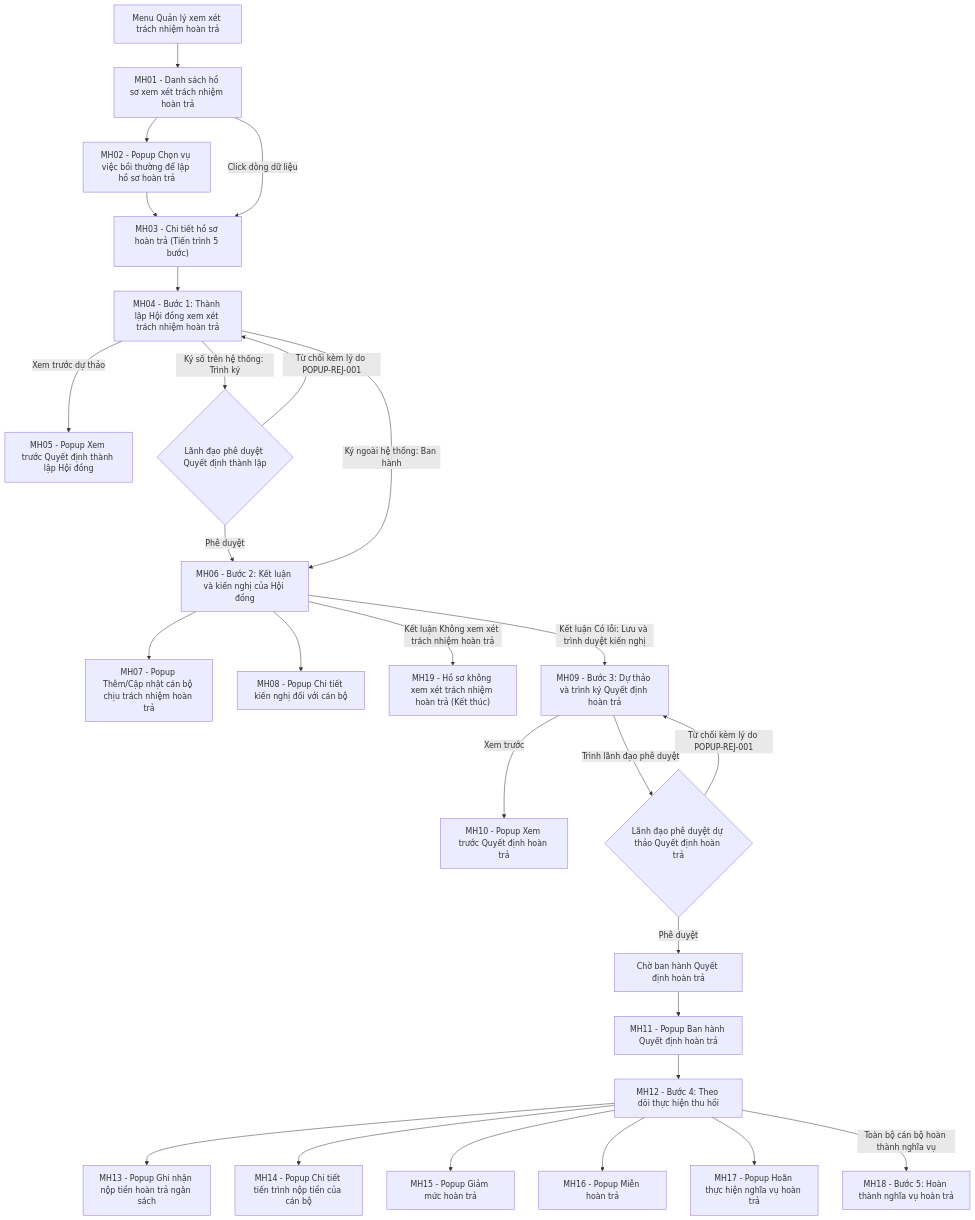
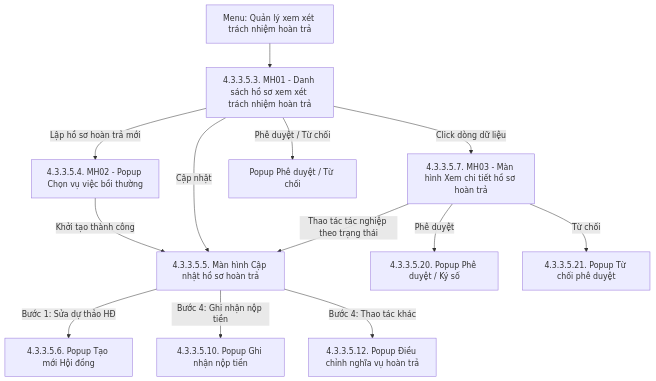
Before and after one commit to huyendt2007/BPBD_UI: the diagram in Tai lieu phan tich/03_Website_Quan_tri/03_Cong_tac_boi_thuong/SRS_BTNN_GiaiQuyetBT_Xem xét Hoàn trả.md, drawn with Mermaid. The commit also changed other lines of this file and 28 other files, not shown here.

Commit message:
Hoàn thiện SRS Xem xét trách nhiệm hoàn trả

````diff
--- a/Tai lieu phan tich/03_Website_Quan_tri/03_Cong_tac_boi_thuong/SRS_BTNN_GiaiQuyetBT_Xem xét Hoàn trả.md
+++ b/Tai lieu phan tich/03_Website_Quan_tri/03_Cong_tac_boi_thuong/SRS_BTNN_GiaiQuyetBT_Xem xét Hoàn trả.md
@@ -49,29 +27,15 @@
 ```mermaid
 flowchart TD
-    A["Menu Quản lý xem xét trách nhiệm hoàn trả"] --> B["MH01 - Danh sách hồ sơ xem xét trách nhiệm hoàn trả"]
-    B --> C["MH02 - Popup Chọn vụ việc bồi thường để lập hồ sơ hoàn trả"]
-    C --> D["MH03 - Chi tiết hồ sơ hoàn trả (Tiến trình 5 bước)"]
-    B -->|Click dòng dữ liệu| D
-    D --> E["MH04 - Bước 1: Thành lập Hội đồng xem xét trách nhiệm hoàn trả"]
-    E -->|Xem trước dự thảo| F["MH05 - Popup Xem trước Quyết định thành lập Hội đồng"]
-    E -->|Ký số trên hệ thống: Trình ký| G{"Lãnh đạo phê duyệt Quyết định thành lập"}
-    G -->|Từ chối kèm lý do POPUP-REJ-001| E
-    G -->|Phê duyệt| H["MH06 - Bước 2: Kết luận và kiến nghị của Hội đồng"]
-    E -->|Ký ngoài hệ thống: Ban hành| H
-    H --> I["MH07 - Popup Thêm/Cập nhật cán bộ chịu trách nhiệm hoàn trả"]
-    H --> J["MH08 - Popup Chi tiết kiến nghị đối với cán bộ"]
-    H -->|Kết luận Không xem xét trách nhiệm hoàn trả| K["MH19 - Hồ sơ không xem xét trách nhiệm hoàn trả (Kết thúc)"]
-    H -->|Kết luận Có lỗi: Lưu và trình duyệt kiến nghị| L["MH09 - Bước 3: Dự thảo và trình ký Quyết định hoàn trả"]
-    L -->|Xem trước| M["MH10 - Popup Xem trước Quyết định hoàn trả"]
-    L -->|Trình lãnh đạo phê duyệt| N{"Lãnh đạo phê duyệt dự thảo Quyết định hoàn trả"}
-    N -->|Từ chối kèm lý do POPUP-REJ-001| L
-    N -->|Phê duyệt| O["Chờ ban hành Quyết định hoàn trả"]
-    O --> P["MH11 - Popup Ban hành Quyết định hoàn trả"]
-    P --> Q["MH12 - Bước 4: Theo dõi thực hiện thu hồi"]
-    Q --> R["MH13 - Popup Ghi nhận nộp tiền hoàn trả ngân sách"]
-    Q --> S["MH14 - Popup Chi tiết tiến trình nộp tiền của cán bộ"]
-    Q --> T["MH15 - Popup Giảm mức hoàn trả"]
-    Q --> U["MH16 - Popup Miễn hoàn trả"]
-    Q --> V["MH17 - Popup Hoãn thực hiện nghĩa vụ hoàn trả"]
-    Q -->|Toàn bộ cán bộ hoàn thành nghĩa vụ| W["MH18 - Bước 5: Hoàn thành nghĩa vụ hoàn trả"]
+    A["Menu: Quản lý xem xét trách nhiệm hoàn trả"] --> B["4.3.3.5.3. MH01 - Danh sách hồ sơ xem xét trách nhiệm hoàn trả"]
+    B -->|Lập hồ sơ hoàn trả mới| C["4.3.3.5.4. MH02 - Popup Chọn vụ việc bồi thường"]
+    C -->|Khởi tạo thành công| D["4.3.3.5.5. Màn hình Cập nhật hồ sơ hoàn trả"]
+    B -->|Click dòng dữ liệu| E["4.3.3.5.7. MH03 - Màn hình Xem chi tiết hồ sơ hoàn trả"]
+    B -->|Cập nhật| D
+    B -->|Phê duyệt / Từ chối| J["Popup Phê duyệt / Từ chối"]
+    D -->|Bước 1: Sửa dự thảo HĐ| F["4.3.3.5.6. Popup Tạo mới Hội đồng"]
+    D -->|Bước 4: Ghi nhận nộp tiền| H["4.3.3.5.10. Popup Ghi nhận nộp tiền"]
+    D -->|Bước 4: Thao tác khác| I["4.3.3.5.12. Popup Điều chỉnh nghĩa vụ hoàn trả"]
+    E -->|Thao tác tác nghiệp theo trạng thái| D
+    E -->|Phê duyệt| J1["4.3.3.5.20. Popup Phê duyệt / Ký số"]
+    E -->|Từ chối| J2["4.3.3.5.21. Popup Từ chối phê duyệt"]
 ```
````
